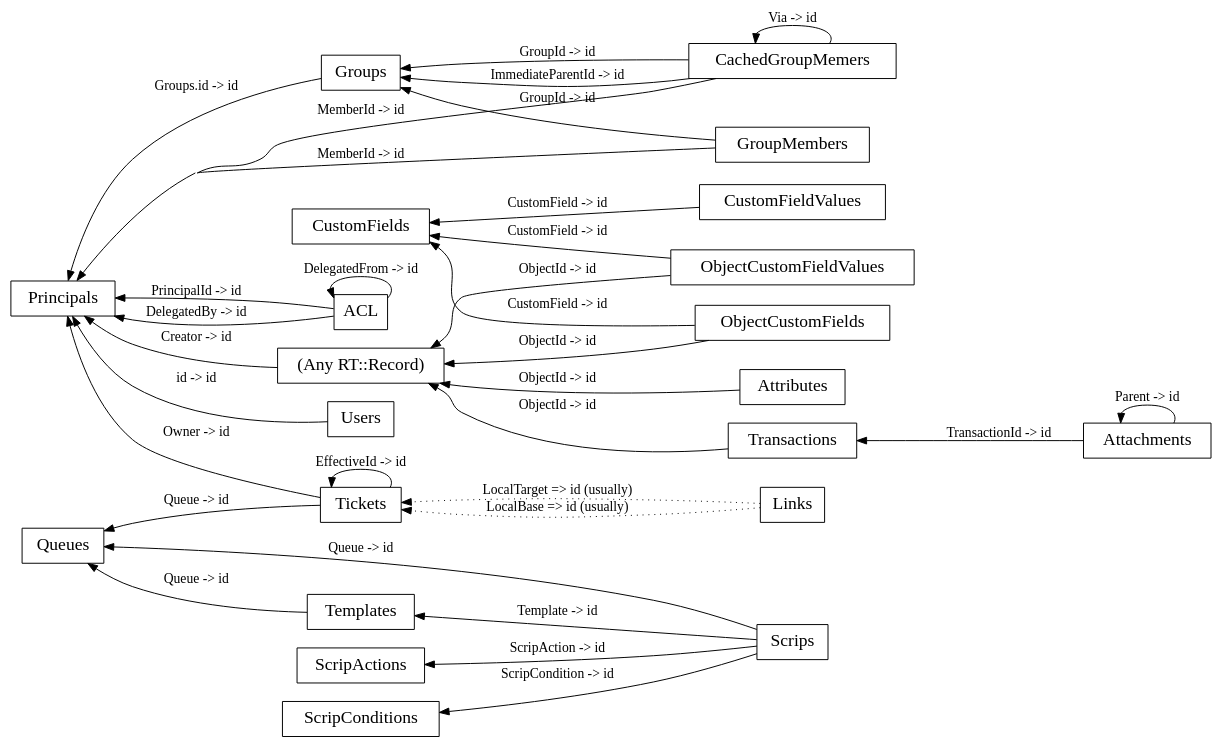
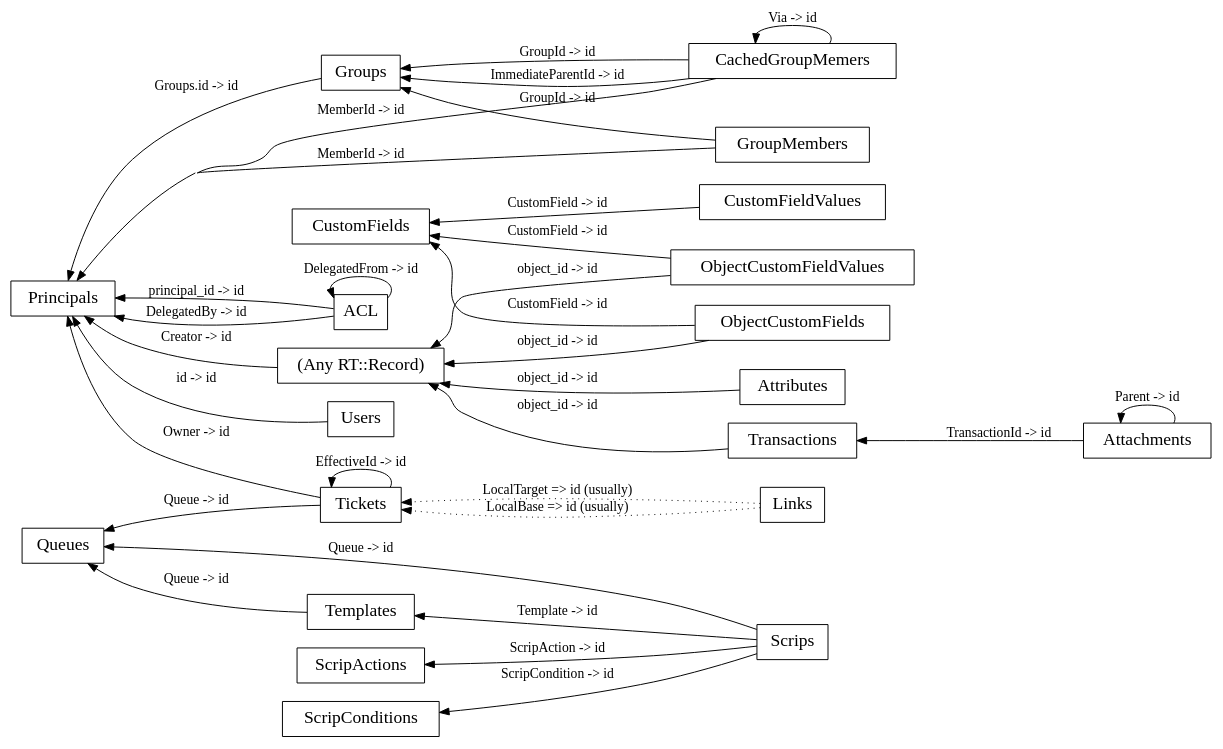
The diagram in docs/rt3-schema-relationships.dot (bestpractical/rt), drawn with Graphviz before and after one commit. The commit also changed 553 other files, not shown here.

```diff
--- a/docs/rt3-schema-relationships.dot
+++ b/docs/rt3-schema-relationships.dot
@@ -1,89 +1,89 @@
 digraph g {
 graph [
 rankdir = "RL",
  concentrate = true,
 ratio = auto
 ];
 node [
 fontsize = "18",
 shape = record, fontsize = 18
 ];
 edge [
 ];
 
 "Records" [shape = record, fontsize = 18, label = "(Any RT::Record)" ];
 "Records" -> "Principals" [label = "Creator -> id"];
 "ACL" [shape = record, fontsize = 18, label = "<col0> \N " ];
-"ACL" -> "Principals" [label="PrincipalId -> id"];
+"ACL" -> "Principals" [label="principal_id -> id"];
 "ACL" -> "Principals" [label="DelegatedBy -> id"];
 "ACL" -> "ACL" [label="DelegatedFrom -> id"];
 
 "Attachments" [shape = record, fontsize = 18, label = "<col0> \N " ];
 "Attachments" -> "Transactions" [label="TransactionId -> id"];
 "Attachments" -> "Attachments" [label="Parent -> id"];
 
 "CachedGroupMemers" [shape = record, fontsize = 18, label = "<col0> \N " ];
 "CachedGroupMemers" -> "Groups" [label="GroupId -> id", weight=2];
 "CachedGroupMemers" -> "Principals" [label="MemberId -> id"];
 "CachedGroupMemers" -> "CachedGroupMemers" [label="Via -> id"];
 "CachedGroupMemers" -> "Groups" [label="ImmediateParentId -> id"];
 
 "CustomFields" [shape = record, fontsize = 18, label = "<col0> \N " ];
 
 "CustomFieldValues" [shape = record, fontsize = 18, label = "<col0> \N " ];
 "CustomFieldValues" -> "CustomFields" [label="CustomField -> id"];
 
 "GroupMembers" [shape = record, fontsize = 18, label = "<col0> \N " ];
 "GroupMembers" -> "Groups" [label="GroupId -> id", weight=2];
 "GroupMembers" -> "Principals" [label="MemberId -> id", weight = 2];
 
 "Groups" [shape = record, fontsize = 18, label = "<col0> \N " ];
 "Groups" -> "Principals" [label="Groups.id -> id"];
 
 "Links" [shape = record, fontsize = 18, label = "<col0> \N " ];
 "Links" -> "Tickets" [label="LocalBase => id (usually)", style="dotted"];
 "Links" -> "Tickets" [label="LocalTarget => id (usually)", style="dotted"];
 
 "Principals" [shape = record, fontsize = 18, label = "<col0> \N " ];
 
 "Attributes" [shape = record, fontsize = 18, label = "<col0> \N " ];
-"Attributes" -> "Records" [label="ObjectId -> id"];
+"Attributes" -> "Records" [label="object_id -> id"];
 
 "Queues" [shape = record, fontsize = 18, label = "<col0> \N " ];
 
 "ScripActions" [shape = record, fontsize = 18, label = "<col0> \N " ];
 
 "ScripConditions" [shape = record, fontsize = 18, label = "<col0> \N " ];
 
 "Scrips" [shape = record, fontsize = 18, label = "<col0> \N " ];
 "Scrips" -> "ScripConditions" [label="ScripCondition -> id"];
 "Scrips" -> "ScripActions" [label="ScripAction -> id"];
 "Scrips" -> "Templates" [label="Template -> id"];
 "Scrips" -> "Queues" [label="Queue -> id"];
 
 "Templates" [shape = record, fontsize = 18, label = "<col0> \N " ];
 "Templates" -> "Queues" [label ="Queue -> id" ];
 
 "ObjectCustomFields" [shape = record, fontsize = 18, label = "<col0> \N " ];
 "ObjectCustomFields" -> "CustomFields" [label="CustomField -> id"];
-"ObjectCustomFields" -> "Records" [label="ObjectId -> id"];
+"ObjectCustomFields" -> "Records" [label="object_id -> id"];
 
 "ObjectCustomFieldValues" [shape = record, fontsize = 18, label = "<col0> \N " ];
 "ObjectCustomFieldValues" -> "CustomFields" [label="CustomField -> id"];
-"ObjectCustomFieldValues" -> "Records" [label="ObjectId -> id"];
+"ObjectCustomFieldValues" -> "Records" [label="object_id -> id"];
 
 "Tickets" [shape = record, fontsize = 18, label = "<col0> \N " ];
 "Tickets" -> "Tickets" [label="EffectiveId -> id"];
 "Tickets" -> "Principals" [label="Owner -> id"];
 "Queues" -> "Tickets" [style="invis"];
 "Tickets" -> "Queues" [label="Queue -> id"];
 
 "Transactions" [shape = record, fontsize = 18, label = "<col0> \N " ];
-"Transactions" -> "Records" [label="ObjectId -> id"];
+"Transactions" -> "Records" [label="object_id -> id"];
 
 "Users" [shape = record, fontsize = 18, label = "<col0> \N " ];
 
 "Users" -> "Principals" [label="id -> id"];
 
 
 }
```
